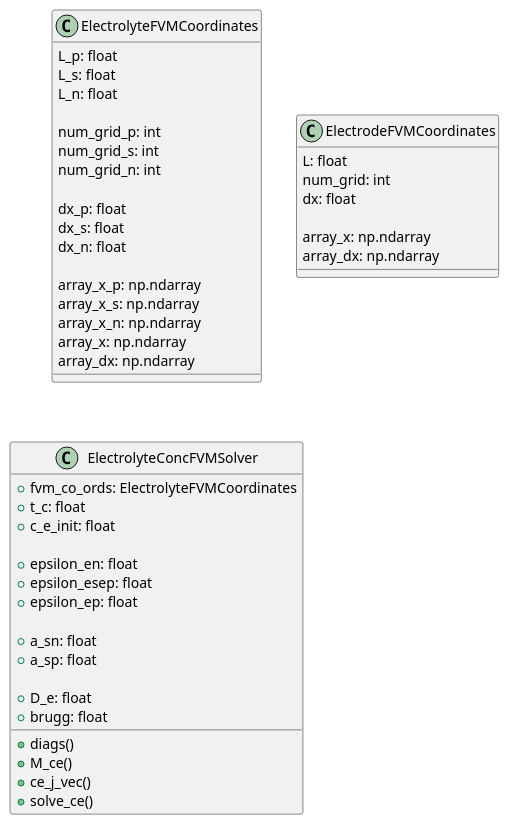
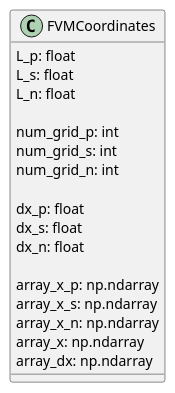
Before and after one commit to arif41140/SPPy: the diagram in docs/UML_diagrams/P2D.puml, drawn with PlantUML. The commit also changed 8 other files, not shown here.

```diff
--- a/docs/UML_diagrams/P2D.puml
+++ b/docs/UML_diagrams/P2D.puml
@@ -1,57 +1,49 @@
 @startuml
-'https://plantuml.com/class-diagram
+!pragma layout smetana
 
-class ElectrolyteFVMCoordinates {
+class FVMCoordinates {
     L_p: float
     L_s: float
     L_n: float
 
     num_grid_p: int
     num_grid_s: int
     num_grid_n: int
 
     dx_p: float
     dx_s: float
     dx_n: float
 
     array_x_p: np.ndarray
     array_x_s: np.ndarray
     array_x_n: np.ndarray
     array_x: np.ndarray
     array_dx: np.ndarray
 }
 
 
-class ElectrodeFVMCoordinates
-{
-    L: float
-    num_grid: int
-    dx: float
-
-    array_x: np.ndarray
-    array_dx: np.ndarray
-}
+'class ElectrodeFVMCoordinates {}
 
 
-class ElectrolyteConcFVMSolver {
-+ fvm_co_ords: ElectrolyteFVMCoordinates
-+ t_c: float
-+ c_e_init: float
-
-+ epsilon_en: float
-+ epsilon_esep: float
-+ epsilon_ep: float
-
-+ a_sn: float
-+ a_sp: float
-
-+ D_e: float
-+ brugg: float
-
-+ diags()
-+ M_ce()
-+ ce_j_vec()
-+ solve_ce()
-}
+'class ElectrolyteConcFVMSolver {
+'+ fvm_co_ords: ElectrolyteFVMCoordinates
+'+ t_c: float
+'+ c_e_init: float
+'
+'+ epsilon_en: float
+'+ epsilon_esep: float
+'+ epsilon_ep: float
+'
+'+ a_sn: float
+'+ a_sp: float
+'
+'+ D_e: float
+'+ brugg: float
+'
+'+ diags()
+'+ M_ce()
+'+ ce_j_vec()
+'+ solve_ce()
+'}
 
 @enduml
```
